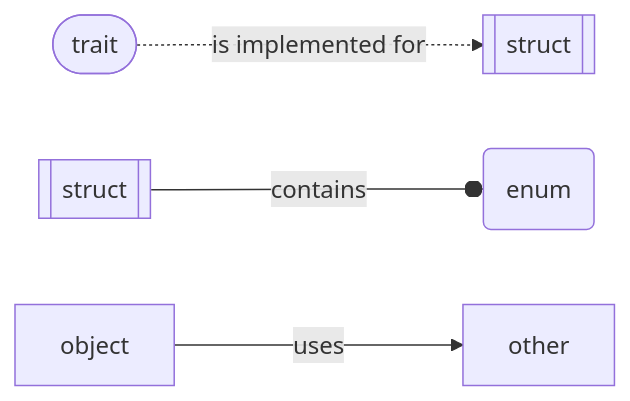
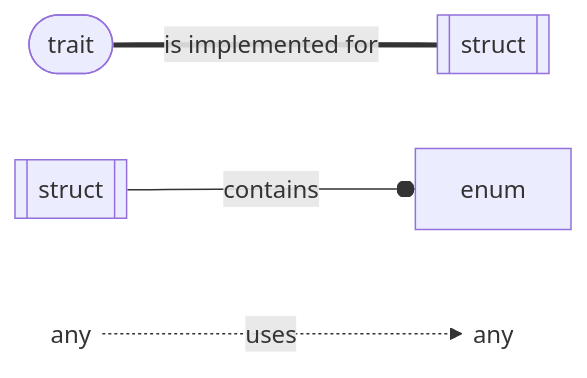
The diagram in README.md (inesvar/tetris), drawn with Mermaid before and after one commit. The commit also changed 2 other files, not shown here.

Commit message:
Update flowgraph

````diff
--- a/README.md
+++ b/README.md
@@ -61,6 +61,6 @@
 ```mermaid
 graph LR
-trait([trait]) -.->|is implemented for| struct[[struct]]
-struct6[[struct]] --o|contains| enum(enum)
-obj[object] -->|uses| obj2[other]
+trait([trait]) ===|is implemented for| struct[[struct]]
+struct2[[struct]] --o|contains| enum[enum]
+obj@{ shape: text, label: "any" } -.->|uses| obj2@{ shape: text, label: "any" }
 ```
````
